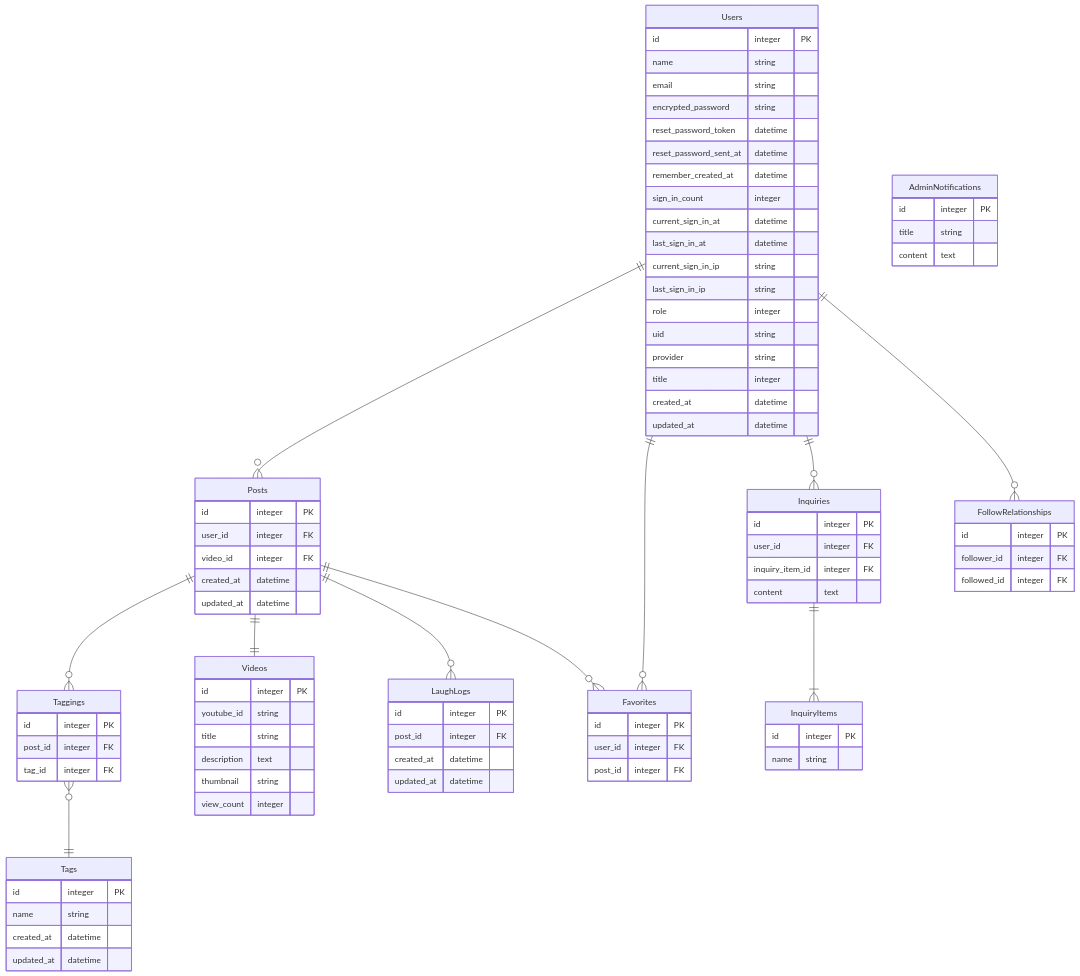
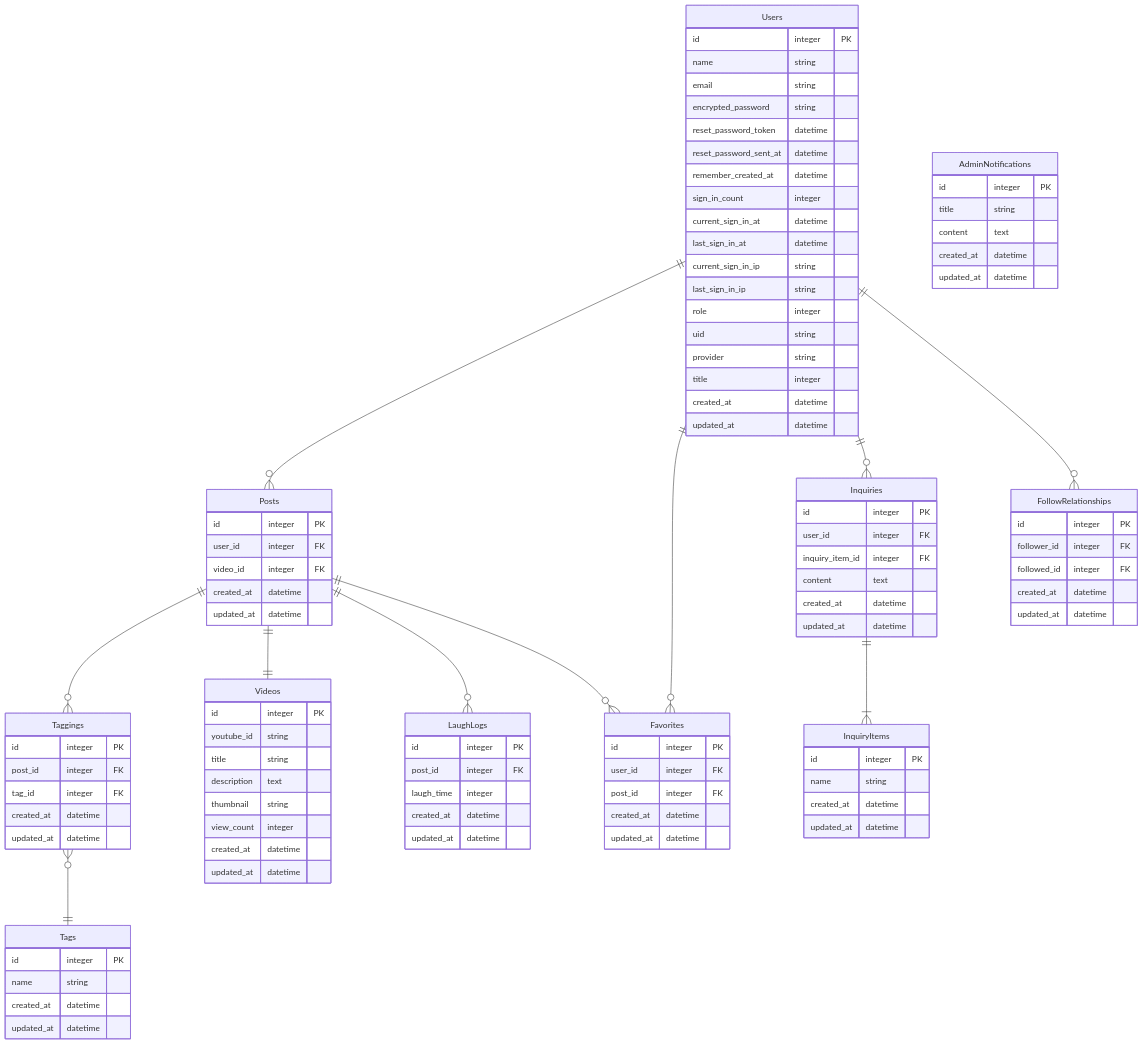
The diagram in er_diagram.md (y-takagiiii/netalog), drawn with Mermaid before and after one commit.

Commit message:
fix: ER図を修正

````diff
--- a/er_diagram.md
+++ b/er_diagram.md
@@ -47,11 +47,14 @@
     description text
     thumbnail string
     view_count integer
+    created_at datetime
+    updated_at datetime
   }
 
   LaughLogs {
     id integer PK
     post_id integer FK
+    laugh_time integer
     created_at datetime
     updated_at datetime
   }
@@ -67,24 +70,32 @@
     id integer PK
     post_id integer FK
     tag_id integer FK
+    created_at datetime
+    updated_at datetime
   }
 
   Favorites {
     id integer PK
     user_id integer FK
     post_id integer FK
+    created_at datetime
+    updated_at datetime
   }
 
   FollowRelationships {
     id integer PK
     follower_id integer FK
     followed_id integer FK
+    created_at datetime
+    updated_at datetime
   }
 
   AdminNotifications {
     id integer PK
     title string
     content text
+    created_at datetime
+    updated_at datetime
   }
 
   Inquiries {
@@ -92,11 +103,14 @@
     user_id integer FK
     inquiry_item_id integer FK
     content text
+    created_at datetime
+    updated_at datetime
   }
 
   InquiryItems {
     id integer PK
     name string
+    created_at datetime
+    updated_at datetime
   }
-
 ```
````
